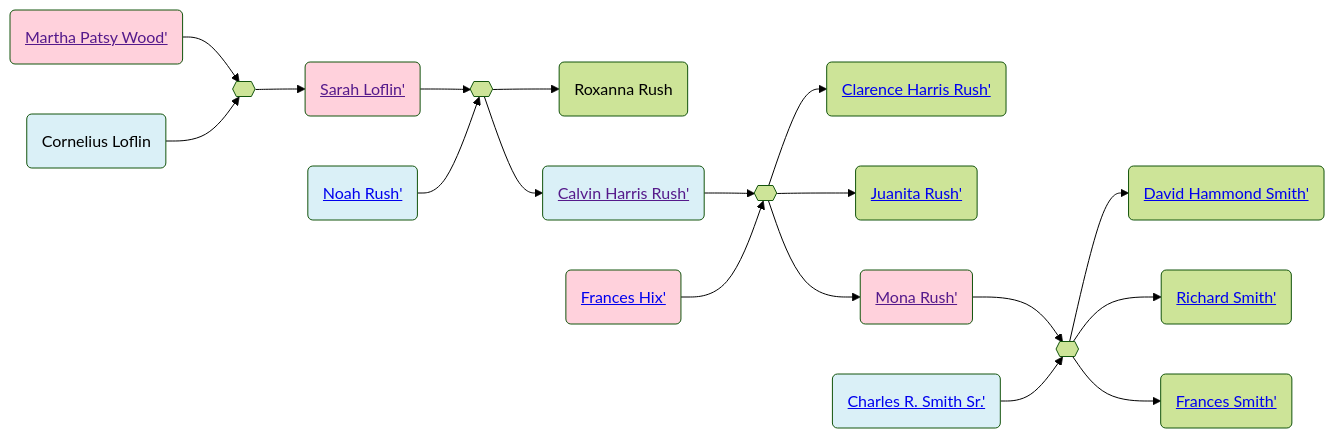
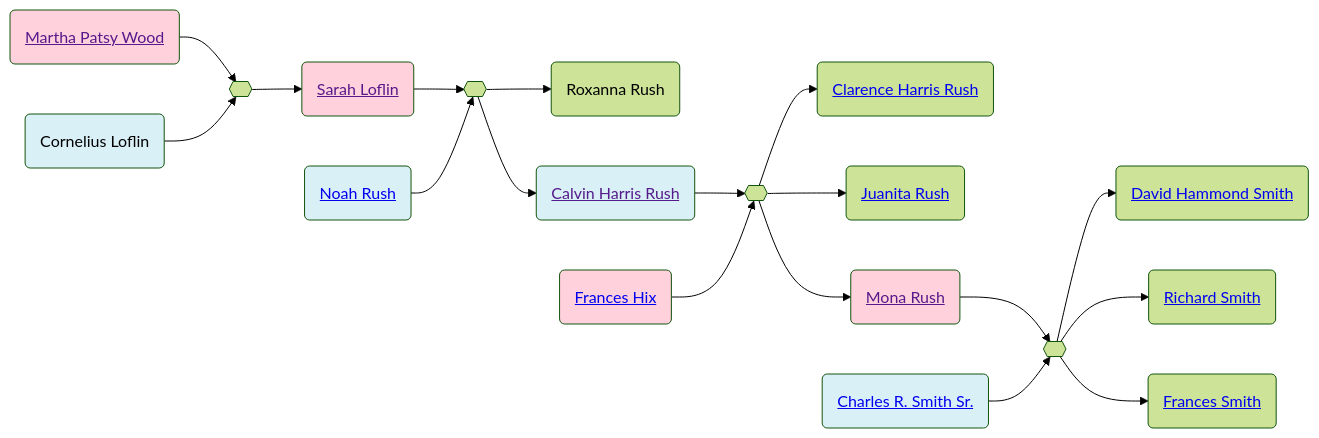
Before and after one commit to neelsmith/avocational: the diagram in familyhistory/sources/people/Randolph_county_lines/Martha_Patsy_Wood.qmd, drawn with Mermaid (forest theme). The commit also changed 96 other files, not shown here.

````diff
--- a/familyhistory/sources/people/Randolph_county_lines/Martha_Patsy_Wood.qmd
+++ b/familyhistory/sources/people/Randolph_county_lines/Martha_Patsy_Wood.qmd
@@ -26,47 +26,47 @@
 ```{mermaid}
 graph LR
 %% LR descendant diagram
 class Martha_Patsy_Wood_and_Cornelius_Loflin marriage
-Martha_Patsy_Wood(<a href=''>Martha Patsy Wood'</>) --> Martha_Patsy_Wood_and_Cornelius_Loflin{{ }}
+Martha_Patsy_Wood(<a href=''>Martha Patsy Wood</a>) --> Martha_Patsy_Wood_and_Cornelius_Loflin{{ }}
 Cornelius_Loflin(Cornelius Loflin) --> Martha_Patsy_Wood_and_Cornelius_Loflin{{ }}
 class Cornelius_Loflin father
 class Martha_Patsy_Wood mother
-Martha_Patsy_Wood_and_Cornelius_Loflin{{ }} --> Sarah_Loflin(<a href='./Loflin/Sarah_Loflin.html'>Sarah Loflin'</>)
+Martha_Patsy_Wood_and_Cornelius_Loflin{{ }} --> Sarah_Loflin(<a href='./Loflin/Sarah_Loflin.html'>Sarah Loflin</a>)
 class Sarah_Loflin_and_Noah_Rush marriage
-Sarah_Loflin(<a href=''>Sarah Loflin'</>) --> Sarah_Loflin_and_Noah_Rush{{ }}
-Noah_Rush(<a href='./../../Rush-line/Noah_Rush.html'>Noah Rush'</>) --> Sarah_Loflin_and_Noah_Rush{{ }}
+Sarah_Loflin(<a href=''>Sarah Loflin</a>) --> Sarah_Loflin_and_Noah_Rush{{ }}
+Noah_Rush(<a href='./../../Rush-line/Noah_Rush.html'>Noah Rush</a>) --> Sarah_Loflin_and_Noah_Rush{{ }}
 class ? father
 class ? mother
 Sarah_Loflin_and_Noah_Rush{{ }} --> Roxanna_Rush(Roxanna Rush)
 class Noah_Rush father
 class Sarah_Loflin mother
-Sarah_Loflin_and_Noah_Rush{{ }} --> Calvin_Harris_Rush(<a href='./../../Rush-line/Calvin_Harris_Rush.html'>Calvin Harris Rush'</>)
+Sarah_Loflin_and_Noah_Rush{{ }} --> Calvin_Harris_Rush(<a href='./../../Rush-line/Calvin_Harris_Rush.html'>Calvin Harris Rush</a>)
 class Calvin_Harris_Rush_and_Frances_Hix marriage
-Calvin_Harris_Rush(<a href=''>Calvin Harris Rush'</>) --> Calvin_Harris_Rush_and_Frances_Hix{{ }}
-Frances_Hix(<a href='./../Randolph_county_lines/Hicks/Frances_Hix.html'>Frances Hix'</>) --> Calvin_Harris_Rush_and_Frances_Hix{{ }}
+Calvin_Harris_Rush(<a href=''>Calvin Harris Rush</a>) --> Calvin_Harris_Rush_and_Frances_Hix{{ }}
+Frances_Hix(<a href='./../Randolph_county_lines/Hicks/Frances_Hix.html'>Frances Hix</a>) --> Calvin_Harris_Rush_and_Frances_Hix{{ }}
 class Calvin_Harris_Rush father
 class Frances_Hix mother
-Calvin_Harris_Rush_and_Frances_Hix{{ }} --> Clarence_Harris_Rush(<a href='./Clarence_Harris_Rush.html'>Clarence Harris Rush'</>)
+Calvin_Harris_Rush_and_Frances_Hix{{ }} --> Clarence_Harris_Rush(<a href='./Clarence_Harris_Rush.html'>Clarence Harris Rush</a>)
 class Calvin_Harris_Rush father
 class Frances_Hix mother
-Calvin_Harris_Rush_and_Frances_Hix{{ }} --> Juanita_Rush(<a href='./Juanita_Rush.html'>Juanita Rush'</>)
+Calvin_Harris_Rush_and_Frances_Hix{{ }} --> Juanita_Rush(<a href='./Juanita_Rush.html'>Juanita Rush</a>)
 class Calvin_Harris_Rush father
 class Frances_Hix mother
-Calvin_Harris_Rush_and_Frances_Hix{{ }} --> Mona_Rush(<a href='./Mona_Rush.html'>Mona Rush'</>)
+Calvin_Harris_Rush_and_Frances_Hix{{ }} --> Mona_Rush(<a href='./Mona_Rush.html'>Mona Rush</a>)
 class Mona_Rush_and_Charles_R._Smith_Sr. marriage
-Mona_Rush(<a href=''>Mona Rush'</>) --> Mona_Rush_and_Charles_R._Smith_Sr.{{ }}
-Charles_R._Smith_Sr.(<a href='./../Smith-line/Charles_R._Smith_Sr..html'>Charles R. Smith Sr.'</>) --> Mona_Rush_and_Charles_R._Smith_Sr.{{ }}
+Mona_Rush(<a href=''>Mona Rush</a>) --> Mona_Rush_and_Charles_R._Smith_Sr.{{ }}
+Charles_R._Smith_Sr.(<a href='./../Smith-line/Charles_R._Smith_Sr..html'>Charles R. Smith Sr.</a>) --> Mona_Rush_and_Charles_R._Smith_Sr.{{ }}
 class Charles_R._Smith_Sr. father
 class Mona_Rush mother
-Mona_Rush_and_Charles_R._Smith_Sr.{{ }} --> David_Hammond_Smith(<a href='./../Smith-line/David_Hammond_Smith.html'>David Hammond Smith'</>)
+Mona_Rush_and_Charles_R._Smith_Sr.{{ }} --> David_Hammond_Smith(<a href='./../Smith-line/David_Hammond_Smith.html'>David Hammond Smith</a>)
 class Charles_R._Smith_Sr. father
 class Mona_Rush mother
-Mona_Rush_and_Charles_R._Smith_Sr.{{ }} --> Richard_Smith(<a href='./../Smith-line/Richard_Smith.html'>Richard Smith'</>)
+Mona_Rush_and_Charles_R._Smith_Sr.{{ }} --> Richard_Smith(<a href='./../Smith-line/Richard_Smith.html'>Richard Smith</a>)
 class Charles_R._Smith_Sr. father
 class Mona_Rush mother
-Mona_Rush_and_Charles_R._Smith_Sr.{{ }} --> Frances_Smith(<a href='./../Smith-line/Frances_Smith.html'>Frances Smith'</>)
+Mona_Rush_and_Charles_R._Smith_Sr.{{ }} --> Frances_Smith(<a href='./../Smith-line/Frances_Smith.html'>Frances Smith</a>)
 classDef mother fill:#ffd1dc
 classDef father fill:#daf0f7  
 classDef marriage fill:#ffffff
 
 ```
````
